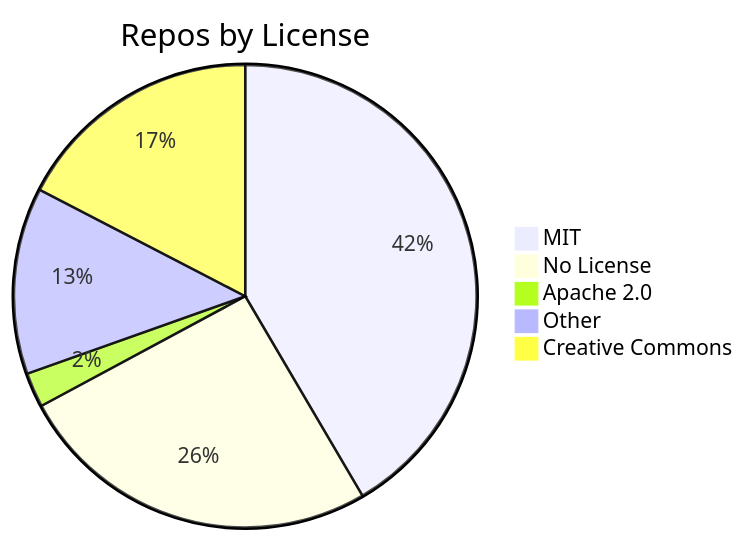
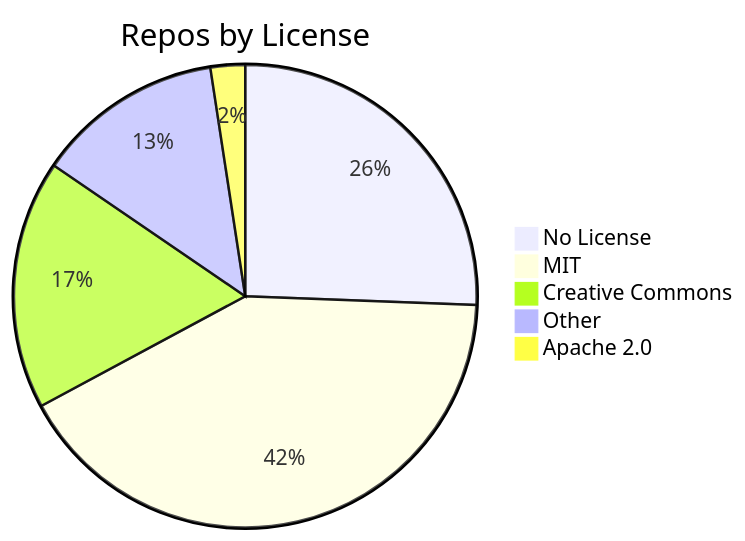
Before and after one commit to jpatterson933/awesome-mcp-server-repo-index: the diagram in README.md, drawn with Mermaid. The commit also changed other lines of this file and 7 other files, not shown here.

````diff
--- a/README.md
+++ b/README.md
@@ -31,8 +31,8 @@
 ```mermaid
 pie title Repos by License
+    "No License" : 53
     "MIT" : 86
-    "No License" : 53
+    "Creative Commons" : 36
+    "Other" : 27
     "Apache 2.0" : 5
-    "Other" : 27
-    "Creative Commons" : 36
 ```
````
